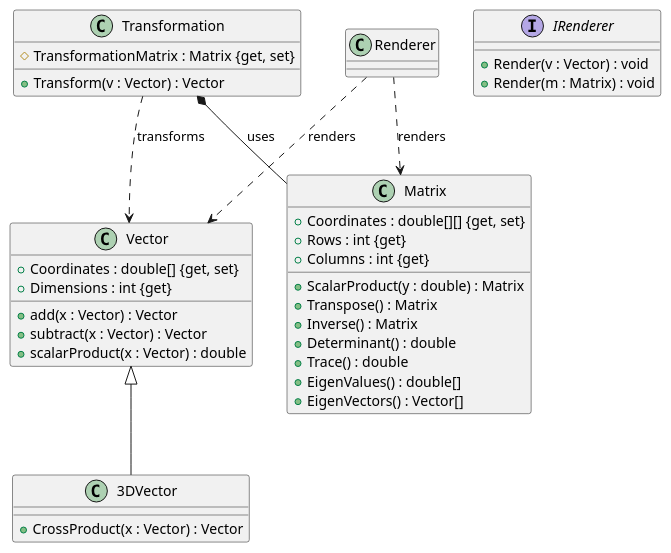
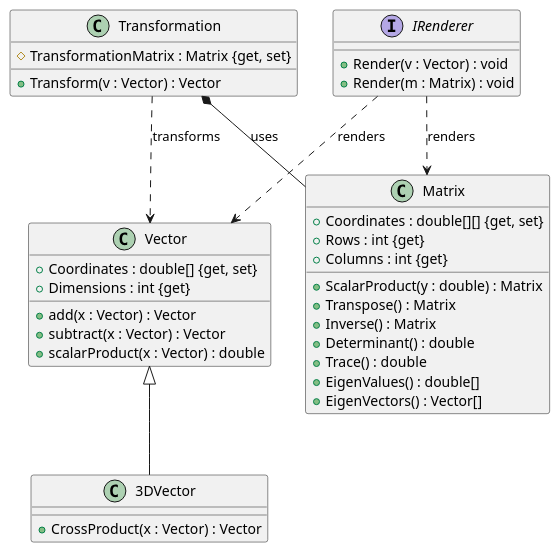
Before and after one commit to AyoubThemry/Eigenflow: the diagram in docs/classdiagram.puml, drawn with PlantUML.

Commit message:
small error in ClassDiagram leads to incorrect Rendering

```diff
--- a/docs/classdiagram.puml
+++ b/docs/classdiagram.puml
@@ -1,45 +1,45 @@
 @startuml
 
 class Vector {
   + Coordinates : double[] {get, set}
   + Dimensions : int {get}
   + add(x : Vector) : Vector
   + subtract(x : Vector) : Vector
   + scalarProduct(x : Vector) : double
   
   
 }
 class 3DVector extends Vector  {
   + CrossProduct(x : Vector) : Vector
   
 }
 
 class Matrix {
   + Coordinates : double[][] {get, set}
   + Rows : int {get}
   + Columns : int {get}
   + ScalarProduct(y : double) : Matrix
   + Transpose() : Matrix
   + Inverse() : Matrix
   + Determinant() : double
   + Trace() : double
   + EigenValues() : double[]
   + EigenVectors() : Vector[]
 }
 
 class Transformation {
   # TransformationMatrix : Matrix {get, set}
   + Transform(v : Vector) : Vector
 }
 
 interface IRenderer {
   + Render(v : Vector) : void
   + Render(m : Matrix) : void
 }
 
 Transformation *-- Matrix : uses
 Transformation ..> Vector : transforms
-Renderer ..> Vector : renders
-Renderer ..> Matrix : renders
+IRenderer ..> Vector : renders
+IRenderer ..> Matrix : renders
 
 @enduml
```
